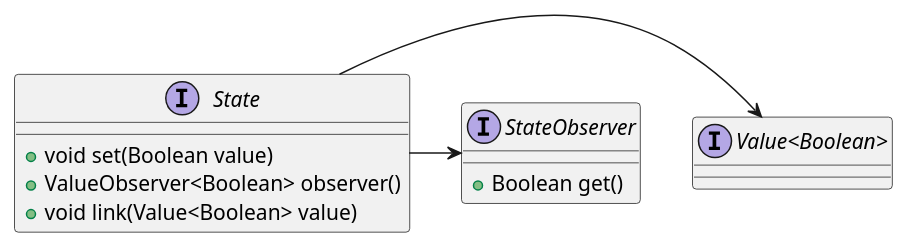
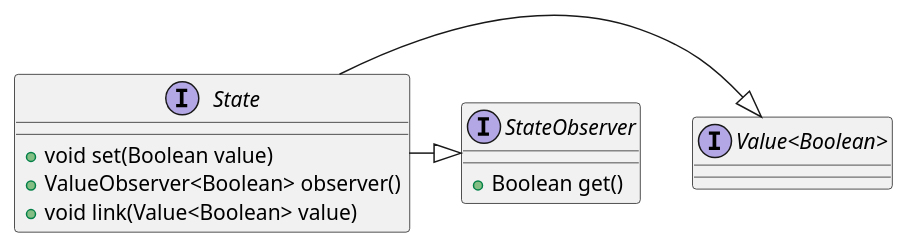
Before and after one commit to codion-is/codion: the third of 3 diagrams in documentation/src/docs/asciidoc/manual/common-core.adoc, drawn with PlantUML. The commit also changed other lines of this file and 6 other files, not shown here.

```diff
--- a/documentation/src/docs/asciidoc/manual/common-core.adoc
+++ b/documentation/src/docs/asciidoc/manual/common-core.adoc
@@ -91,19 +91,19 @@
 [plantuml, state-diagram, svg, align=center]
 -------------------------------------------
 skinparam genericDisplay old
 
 interface State {
     +void set(Boolean value)
     +ValueObserver<Boolean> observer()
     +void link(Value<Boolean> value)
 }
 
 interface StateObserver {
     +Boolean get()
 }
 
 interface Value<Boolean> {}
 
-State -> Value
-State -> StateObserver
+State -|> Value
+State -|> StateObserver
 -------------------------------------------
```
